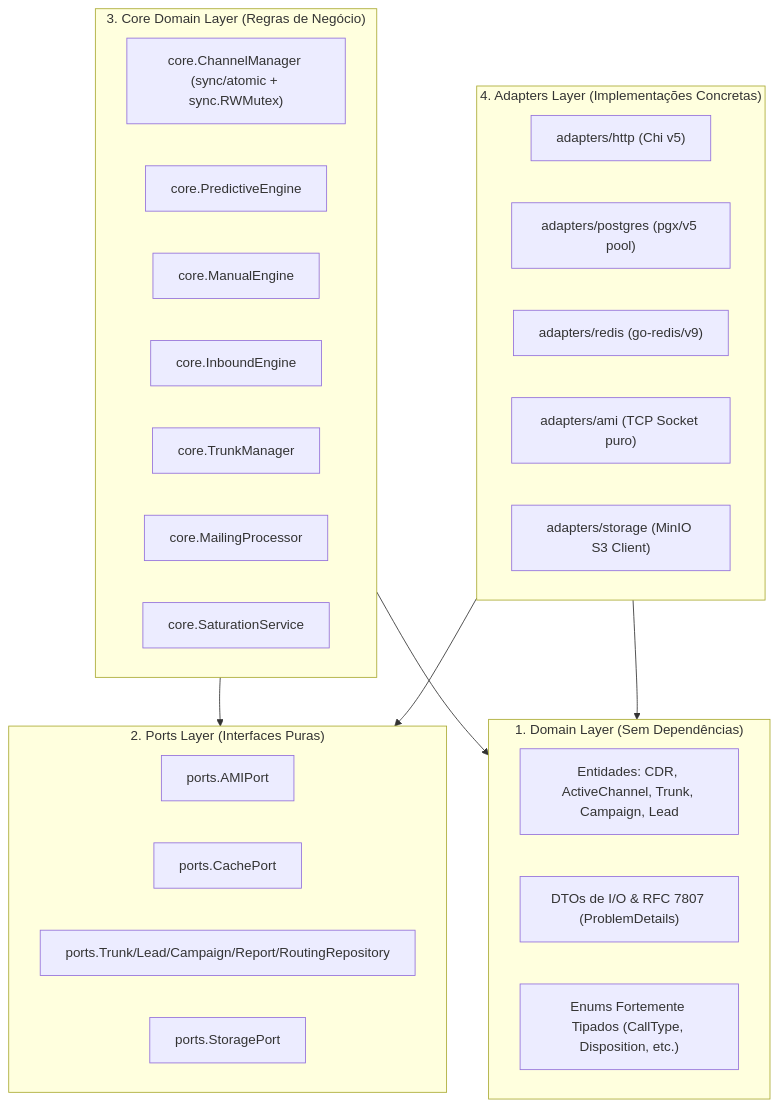
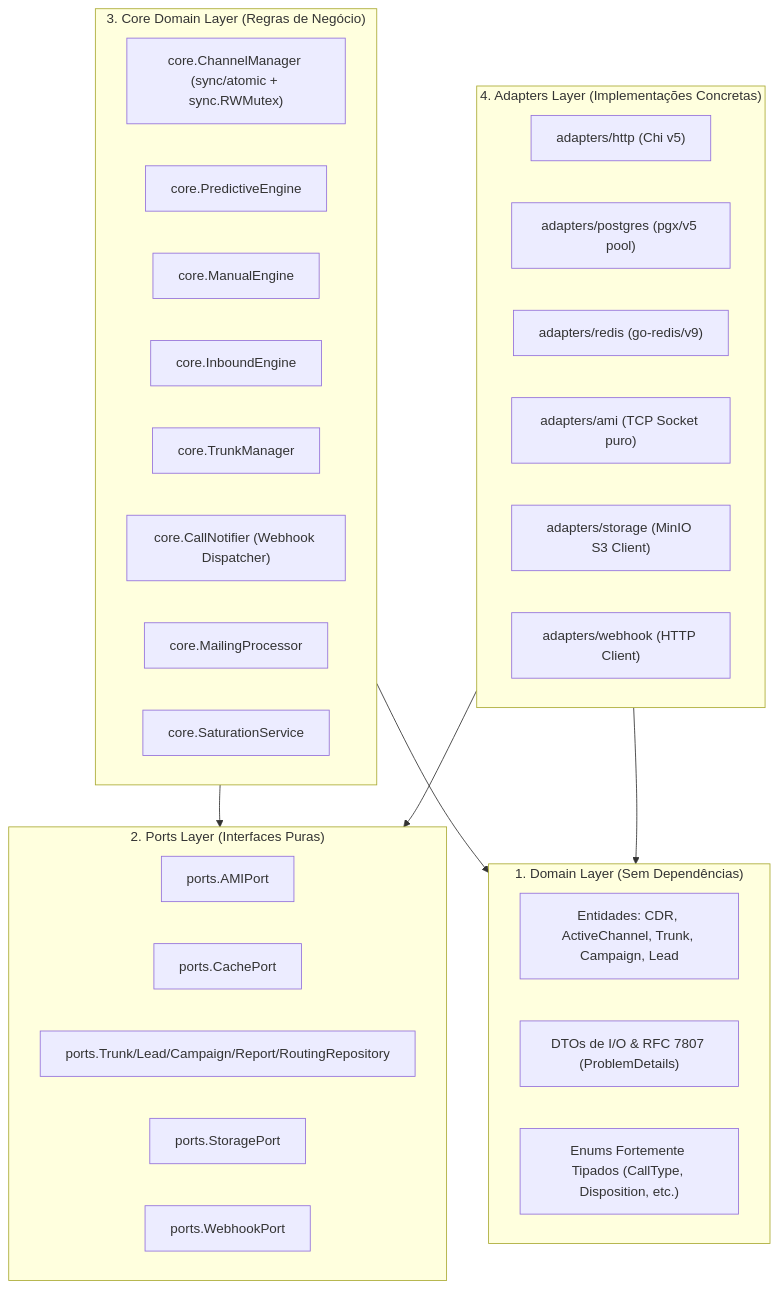
The diagram in .agents/workflows/agente-go-especialista.md (marcio-rgb/omni-dialer-go), drawn with Mermaid before and after one commit. The commit also changed other lines of this file and 15 other files, not shown here.

Commit message:
feat(webhook): dispatch manual call outcome to omnichat

````diff
--- a/.agents/workflows/agente-go-especialista.md
+++ b/.agents/workflows/agente-go-especialista.md
@@ -20,38 +20,41 @@
 ```mermaid
 graph TD
     subgraph Dominio["1. Domain Layer (Sem Dependências)"]
         Entidades["Entidades: CDR, ActiveChannel, Trunk, Campaign, Lead"]
         DTOs["DTOs de I/O & RFC 7807 (ProblemDetails)"]
         Enums["Enums Fortemente Tipados (CallType, Disposition, etc.)"]
     end
 
     subgraph Portas["2. Ports Layer (Interfaces Puras)"]
         AMIPort["ports.AMIPort"]
         CachePort["ports.CachePort"]
         RepoPort["ports.Trunk/Lead/Campaign/Report/RoutingRepository"]
         StoragePort["ports.StoragePort"]
+        WebhookPort["ports.WebhookPort"]
     end
 
     subgraph Core["3. Core Domain Layer (Regras de Negócio)"]
         ChannelMgr["core.ChannelManager (sync/atomic + sync.RWMutex)"]
         PredEngine["core.PredictiveEngine"]
         ManEngine["core.ManualEngine"]
         InbEngine["core.InboundEngine"]
         TrunkMgr["core.TrunkManager"]
+        CallNotif["core.CallNotifier (Webhook Dispatcher)"]
         MailProc["core.MailingProcessor"]
         SatServ["core.SaturationService"]
     end
 
     subgraph Adaptadores["4. Adapters Layer (Implementações Concretas)"]
         HTTPAdp["adapters/http (Chi v5)"]
         PostgresAdp["adapters/postgres (pgx/v5 pool)"]
         RedisAdp["adapters/redis (go-redis/v9)"]
         AMIAdp["adapters/ami (TCP Socket puro)"]
         StorageAdp["adapters/storage (MinIO S3 Client)"]
+        WebhookAdp["adapters/webhook (HTTP Client)"]
     end
 
     Core --> Portas
     Core --> Dominio
     Adaptadores --> Portas
     Adaptadores --> Dominio
 ```
````
